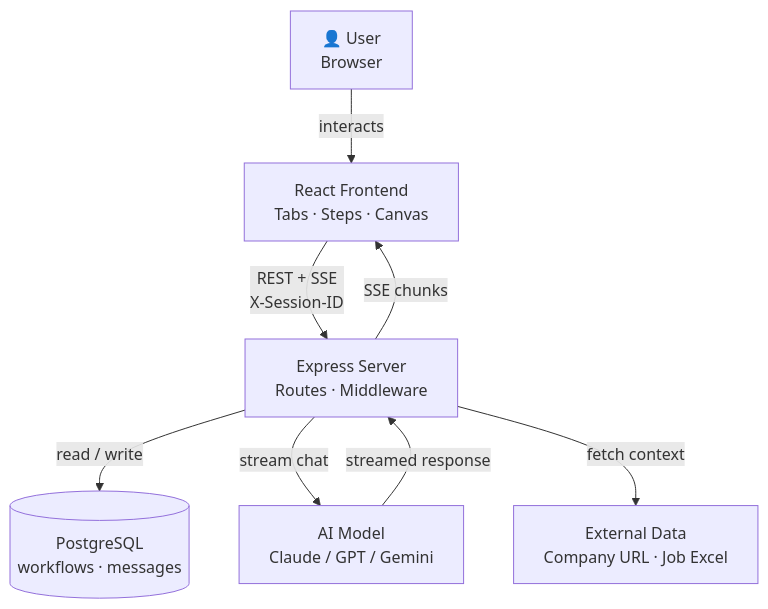
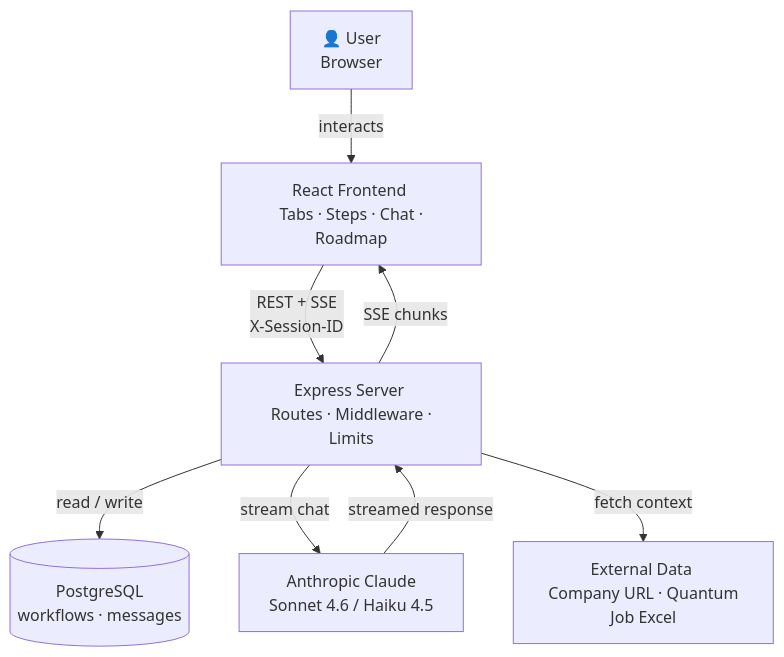
The first of 6 diagrams in docs/system-diagram.md (Center-for-Hybrid-Intelligence/CHI-Quantum-HR-Workflow-Assistant), drawn with Mermaid before and after one commit. The commit also changed other lines of this file and 3 other files, not shown here.

````diff
--- a/docs/system-diagram.md
+++ b/docs/system-diagram.md
@@ -5,17 +5,17 @@
 ```mermaid
 graph TD
-    USER["👤 User\nBrowser"]
-    FE["React Frontend\nTabs · Steps · Canvas"]
-    BE["Express Server\nRoutes · Middleware"]
-    DB[("PostgreSQL\nworkflows · messages")]
-    AI["AI Model\nClaude / GPT / Gemini"]
-    EXT["External Data\nCompany URL · Job Excel"]
+    USER["👤 User <br> Browser"]
+    FE["React Frontend <br> Tabs · Steps · Chat · Roadmap"]
+    BE["Express Server <br> Routes · Middleware · Limits"]
+    DB[("PostgreSQL <br> workflows · messages")]
+    AI["Anthropic Claude <br> Sonnet 4.6 / Haiku 4.5"]
+    EXT["External Data <br> Company URL · Quantum Job Excel"]
 
     USER -->|"interacts"| FE
-    FE -->|"REST + SSE\nX-Session-ID"| BE
+    FE -->|"REST + SSE <br> X-Session-ID"| BE
     BE -->|"read / write"| DB
     BE -->|"stream chat"| AI
     BE -->|"fetch context"| EXT
     AI -->|"streamed response"| BE
     BE -->|"SSE chunks"| FE
 ```
````
